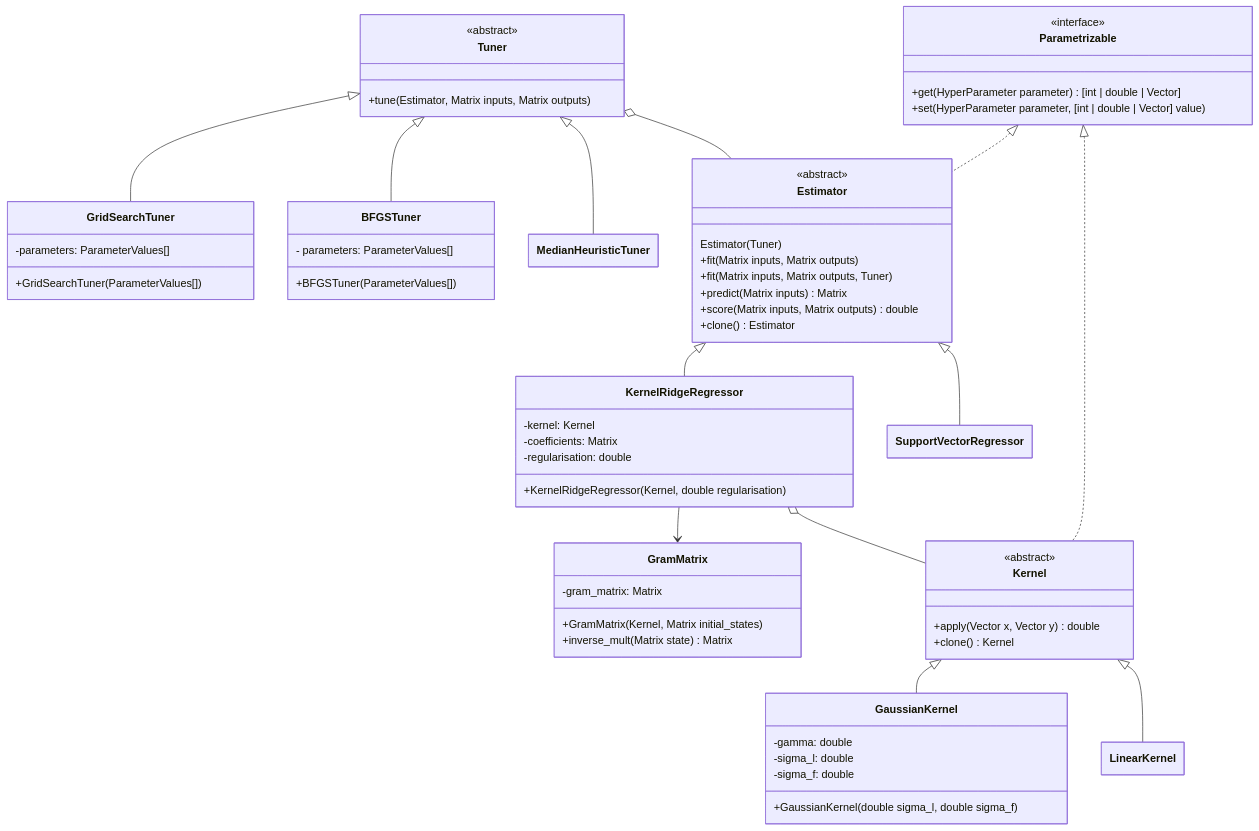
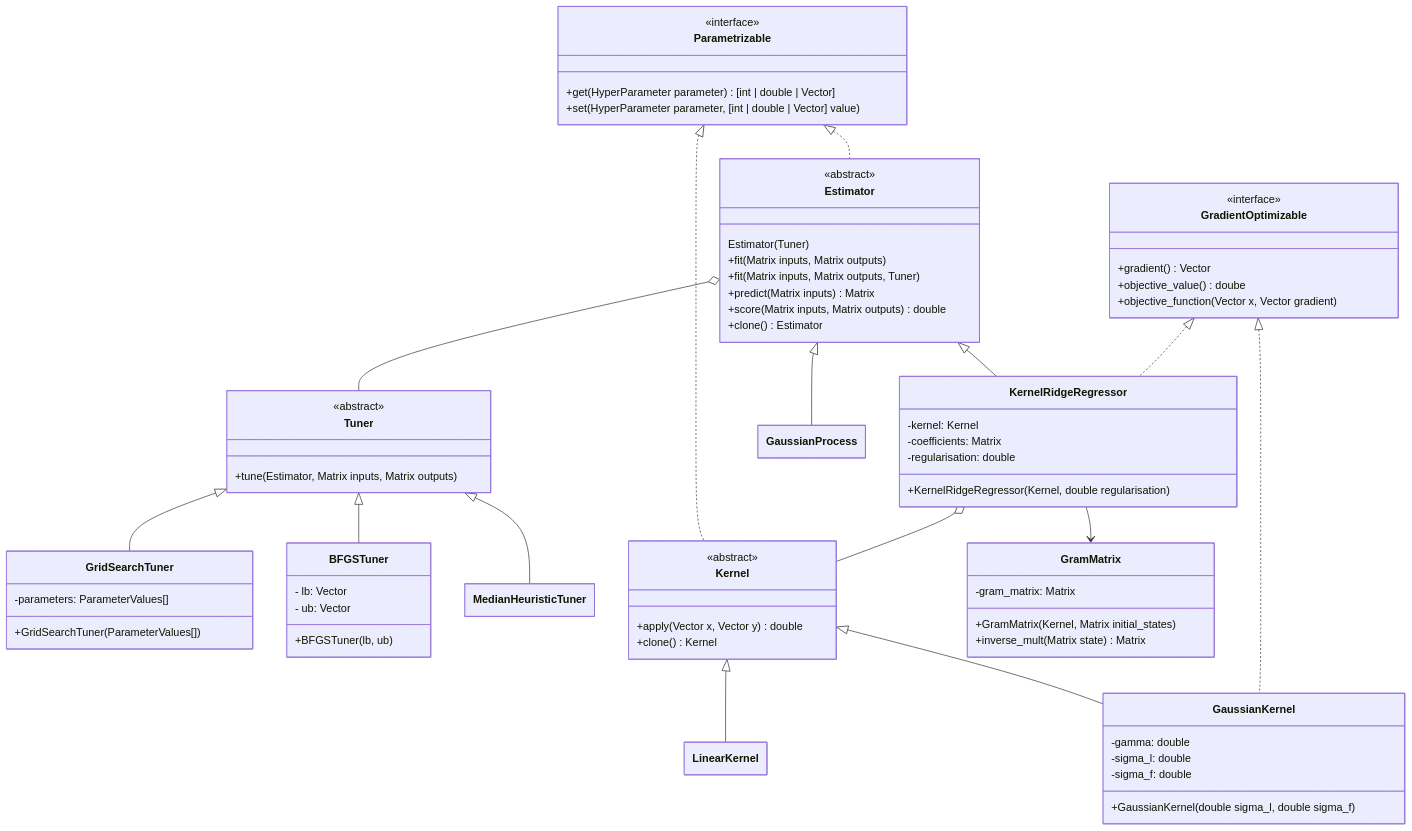
The first of 3 diagrams in docs/Design.md (TendTo/lucid), drawn with Mermaid before and after one commit. The commit also changed 5 other files, not shown here.

Commit message:
feat: add gradient optimizable interface

````diff
--- a/docs/Design.md
+++ b/docs/Design.md
@@ -18,8 +18,9 @@
         +GridSearchTuner(ParameterValues[])
     }
     class BFGSTuner {
-        - parameters: ParameterValues[]
-        +BFGSTuner(ParameterValues[])
+        - lb: Vector
+        - ub: Vector
+        +BFGSTuner(lb, ub)
     }
     class MedianHeuristicTuner {
     }
@@ -28,6 +29,12 @@
         <<interface>>
         +get(HyperParameter parameter) [int | double | Vector]
         +set(HyperParameter parameter, [int | double | Vector] value)
+    }
+    class GradientOptimizable {
+        <<interface>>
+        +gradient() Vector
+        +objective_value() doube
+        +objective_function(Vector x, Vector gradient)
     }
     class Estimator {
         <<abstract>>
@@ -44,7 +51,7 @@
         -regularisation: double
         +KernelRidgeRegressor(Kernel, double regularisation)
     }
-    class SupportVectorRegressor
+    class GaussianProcess
 
     class Kernel {
         <<abstract>>
@@ -68,18 +75,21 @@
     Tuner <|-- GridSearchTuner
     Tuner <|-- BFGSTuner
     Tuner <|-- MedianHeuristicTuner
+    Estimator o-- Tuner
 
+    Parametrizable <|.. Kernel
     Parametrizable <|.. Estimator
-    Parametrizable <|.. Kernel
 
+    Estimator <|-- GaussianProcess
     Estimator <|-- KernelRidgeRegressor
-    Estimator <|-- SupportVectorRegressor
 
 
+    Kernel <|-- LinearKernel
     Kernel <|-- GaussianKernel
-    Kernel <|-- LinearKernel
 
+    GradientOptimizable <|.. KernelRidgeRegressor
+    GradientOptimizable <|.. GaussianKernel
     KernelRidgeRegressor --> GramMatrix
-    Tuner o-- Estimator
     KernelRidgeRegressor o-- Kernel
+
 ```
````
